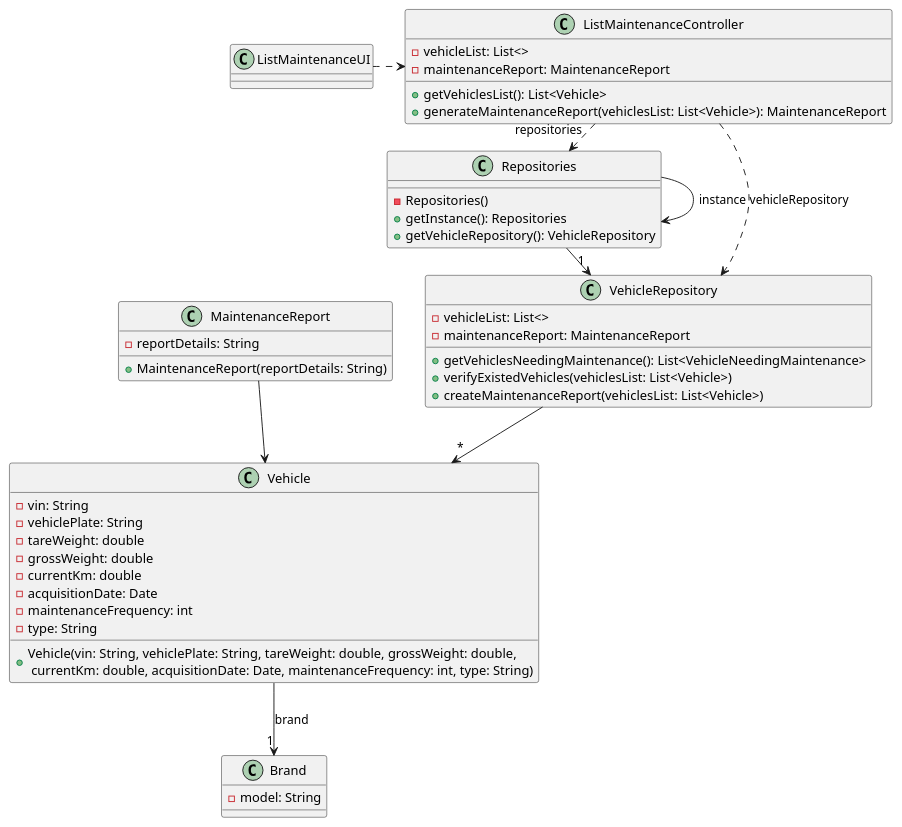
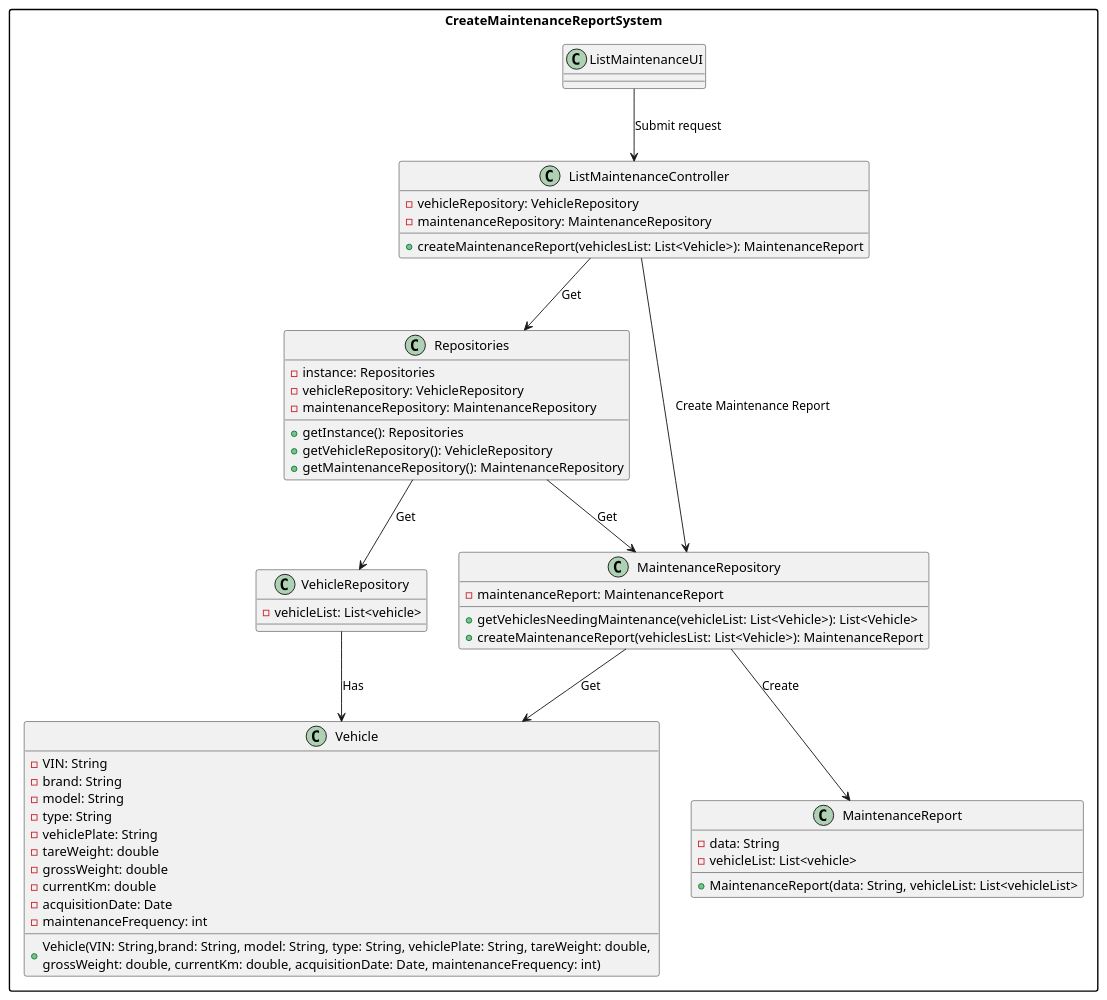
One commit to ricardomm7/leaflink changed the diagram in docs/sprintB/us008/03.design/puml/us008-class-diagram.puml. Above: the diagram before and after it, drawn with PlantUML. The commit also changed 9 other files, not shown here.

Commit message:
LFC2-150<Update US008 Readme.md and Class Diagram> LFC2-90<Update SSD>

```diff
--- a/docs/sprintB/us008/03.design/puml/us008-class-diagram.puml
+++ b/docs/sprintB/us008/03.design/puml/us008-class-diagram.puml
@@ -1,72 +1,73 @@
 @startuml
 skinparam packageStyle rectangle
 skinparam shadowing false
 skinparam line type polyline
 
+package CreateMaintenanceReportSystem {
 class ListMaintenanceUI{
 }
 
 class ListMaintenanceController {
-    - vehicleList: List<>
-    - maintenanceReport: MaintenanceReport
+    - vehicleRepository: VehicleRepository
+    - maintenanceRepository: MaintenanceRepository
 
-    + getVehiclesList(): List<Vehicle>
-    + generateMaintenanceReport(vehiclesList: List<Vehicle>): MaintenanceReport
+    + createMaintenanceReport(vehiclesList: List<Vehicle>): MaintenanceReport
 }
 
 class Repositories {
-    - Repositories()
+    - instance: Repositories
+    - vehicleRepository: VehicleRepository
+    - maintenanceRepository: MaintenanceRepository
+
     + getInstance(): Repositories
     + getVehicleRepository(): VehicleRepository
+    + getMaintenanceRepository(): MaintenanceRepository
 }
 
 class VehicleRepository {
-    - vehicleList: List<>
+    - vehicleList: List<vehicle>
+
+}
+
+class MaintenanceRepository {
     - maintenanceReport: MaintenanceReport
 
-    + getVehiclesNeedingMaintenance(): List<VehicleNeedingMaintenance>
-    + verifyExistedVehicles(vehiclesList: List<Vehicle>)
-    + createMaintenanceReport(vehiclesList: List<Vehicle>)
+    + getVehiclesNeedingMaintenance(vehicleList: List<Vehicle>): List<Vehicle>
+    + createMaintenanceReport(vehiclesList: List<Vehicle>): MaintenanceReport
 }
 
 class Vehicle {
-    - vin: String
-    - vehiclePlate: String
-    - tareWeight: double
-    - grossWeight: double
-    - currentKm: double
-    - acquisitionDate: Date
-    - maintenanceFrequency: int
-    - type: String
+     - VIN: String
+     - brand: String
+     - model: String
+     - type: String
+     - vehiclePlate: String
+     - tareWeight: double
+     - grossWeight: double
+     - currentKm: double
+     - acquisitionDate: Date
+     - maintenanceFrequency: int
 
-    + Vehicle(vin: String, vehiclePlate: String, tareWeight: double, grossWeight: double, \n currentKm: double, acquisitionDate: Date, maintenanceFrequency: int, type: String)
-}
-
-class Brand {
-    - model: String
-}
-
-class MaintenanceReport {
-    - reportDetails: String
-    + MaintenanceReport(reportDetails: String)
+    + Vehicle(VIN: String,brand: String, model: String, type: String, vehiclePlate: String, tareWeight: double, \ngrossWeight: double, currentKm: double, acquisitionDate: Date, maintenanceFrequency: int)
 }
 
 
 
+class MaintenanceReport {
+    - data: String
+    - vehicleList: List<vehicle>
 
-Repositories -> Repositories : instance
+    + MaintenanceReport(data: String, vehicleList: List<vehicleList>
 
-ListMaintenanceUI .> ListMaintenanceController
+}
 
-ListMaintenanceController .> Repositories : repositories
-
-Repositories -> "1" VehicleRepository
-
-ListMaintenanceController ..> VehicleRepository : vehicleRepository
-
-VehicleRepository --> "*" Vehicle
-
-Vehicle --> "1" Brand : brand
-
-MaintenanceReport --> Vehicle
+ListMaintenanceUI --> ListMaintenanceController: Submit request
+ListMaintenanceController --> Repositories: Get
+ListMaintenanceController --> MaintenanceRepository: Create Maintenance Report
+Repositories --> VehicleRepository: Get
+Repositories --> MaintenanceRepository: Get
+VehicleRepository --> Vehicle: Has
+MaintenanceRepository --> Vehicle: Get
+MaintenanceRepository --> MaintenanceReport: Create
+}
 @enduml
```
